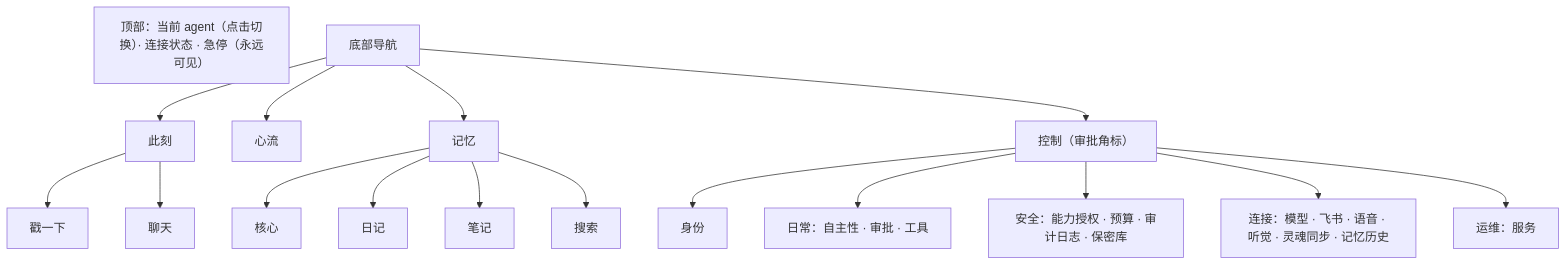
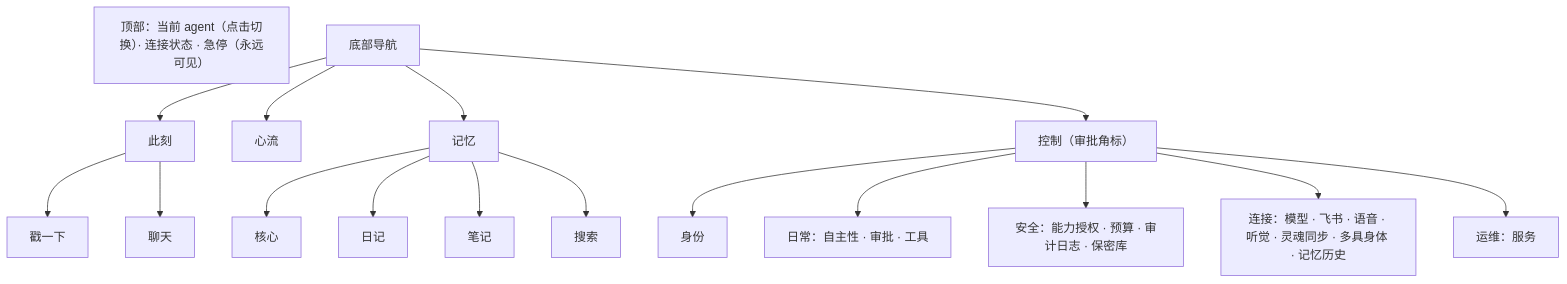
Before and after one commit to Causally-XYZ/Project.Quetzal: the second of 2 diagrams in console/docs/ARCHITECTURE.md, drawn with Mermaid. The commit also changed other lines of this file and 11 other files, not shown here.

````diff
--- a/console/docs/ARCHITECTURE.md
+++ b/console/docs/ARCHITECTURE.md
@@ -67,12 +68,12 @@
 ```mermaid
 flowchart TB
   TOP["顶部：当前 agent（点击切换）· 连接状态 · 急停（永远可见）"]
   NAV["底部导航"] --> A[此刻] & B[心流] & C[记忆] & D["控制（审批角标）"]
   A --> A1[戳一下] & A2[聊天]
   C --> C1[核心] & C2[日记] & C3[笔记] & C4[搜索]
   D --> D0["身份"]
   D --> D1["日常：自主性 · 审批 · 工具"]
   D --> D2["安全：能力授权 · 预算 · 审计日志 · 保密库"]
-  D --> D3["连接：模型 · 飞书 · 语音 · 听觉 · 灵魂同步 · 记忆历史"]
+  D --> D3["连接：模型 · 飞书 · 语音 · 听觉 · 灵魂同步 · 多具身体 · 记忆历史"]
   D --> D4["运维：服务"]
 ```
````
